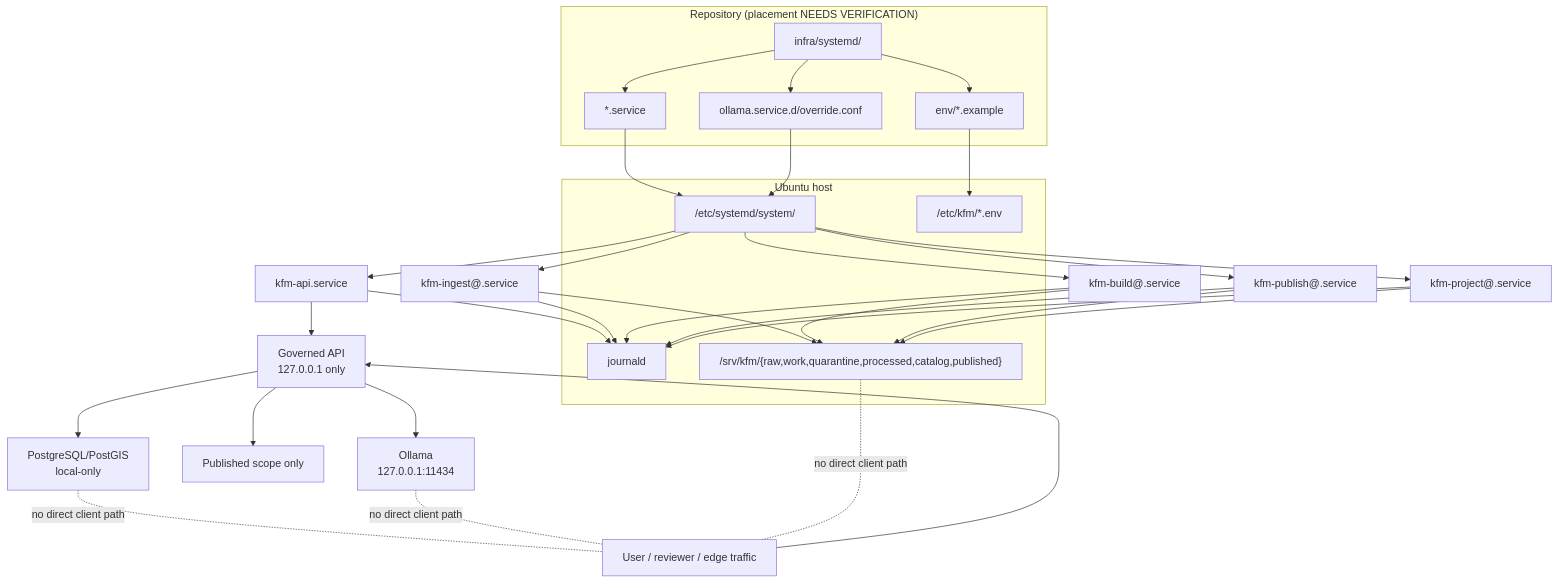
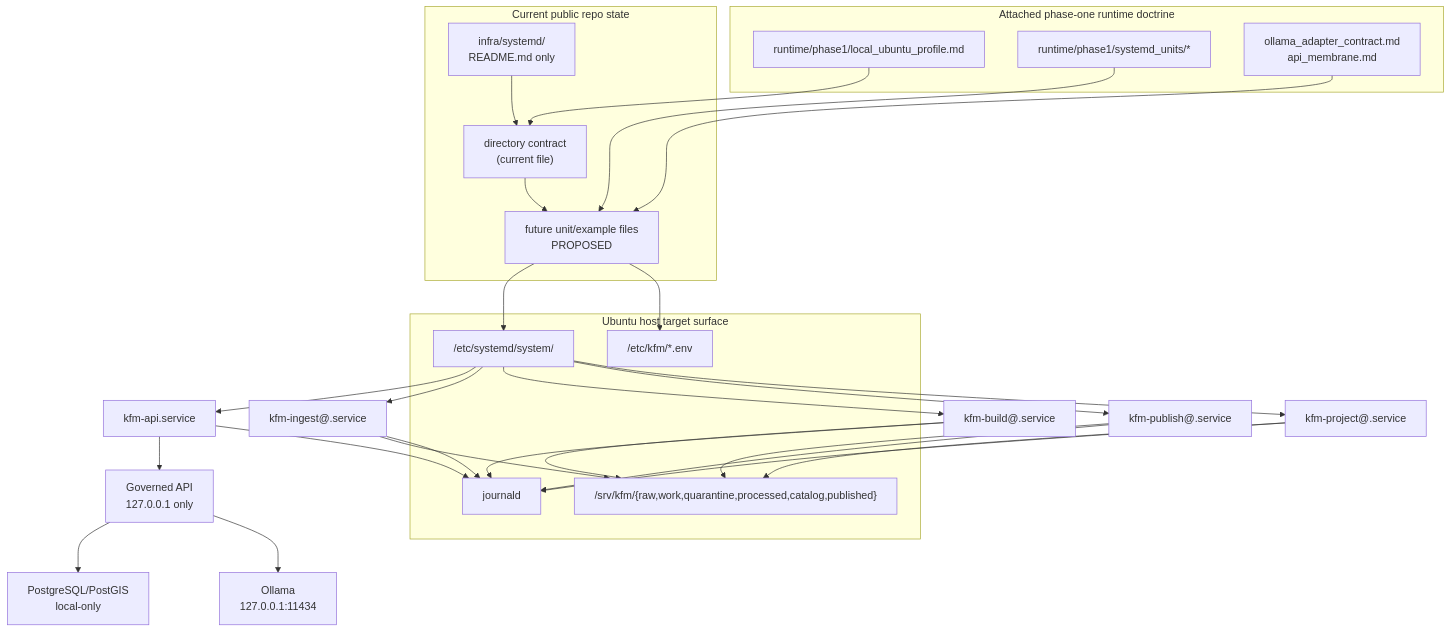
One commit to bartytime4life/Kansas-Frontier-Matrix changed the diagram in infra/systemd/README.md. Above: the diagram before and after it, drawn with Mermaid. The commit also changed other lines of this file, not shown here.

First line of the commit message:
Revise infra/systemd README with verified details

````diff
--- a/infra/systemd/README.md
+++ b/infra/systemd/README.md
@@ -280,47 +314,49 @@
 ```mermaid
 flowchart TB
-  subgraph Repo["Repository (placement NEEDS VERIFICATION)"]
-    R1["infra/systemd/"]
-    R2["*.service"]
-    R3["env/*.example"]
-    R4["ollama.service.d/override.conf"]
+  subgraph Repo["Current public repo state"]
+    R0["infra/systemd/\nREADME.md only"]
+    R1["directory contract\n(current file)"]
+    R2["future unit/example files\nPROPOSED"]
   end
 
-  subgraph Host["Ubuntu host"]
+  subgraph Doctrine["Attached phase-one runtime doctrine"]
+    D1["runtime/phase1/local_ubuntu_profile.md"]
+    D2["runtime/phase1/systemd_units/*"]
+    D3["ollama_adapter_contract.md\napi_membrane.md"]
+  end
+
+  subgraph Host["Ubuntu host target surface"]
     H1["/etc/systemd/system/"]
     H2["/etc/kfm/*.env"]
     H3["journald"]
     H4["/srv/kfm/{raw,work,quarantine,processed,catalog,published}"]
   end
 
-  R1 --> R2 --> H1
-  R1 --> R3 --> H2
-  R1 --> R4 --> H1
+  R0 --> R1
+  R1 --> R2
+  D1 --> R1
+  D2 --> R2
+  D3 --> R2
 
+  R2 --> H1
+  R2 --> H2
   H1 --> API["kfm-api.service"]
   H1 --> ING["kfm-ingest@.service"]
   H1 --> BLD["kfm-build@.service"]
   H1 --> PUB["kfm-publish@.service"]
   H1 --> PRJ["kfm-project@.service"]
 
   API --> GOV["Governed API\n127.0.0.1 only"]
   GOV --> DB["PostgreSQL/PostGIS\nlocal-only"]
-  GOV --> PUBS["Published scope only"]
   GOV --> OLL["Ollama\n127.0.0.1:11434"]
-
   ING --> H4
   BLD --> H4
   PUB --> H4
   PRJ --> H4
 
   API --> H3
   ING --> H3
   BLD --> H3
   PUB --> H3
   PRJ --> H3
-
-  EXT["User / reviewer / edge traffic"] --> GOV
-  DB -. no direct client path .- EXT
-  OLL -. no direct client path .- EXT
-  H4 -. no direct client path .- EXT
 ```
````
